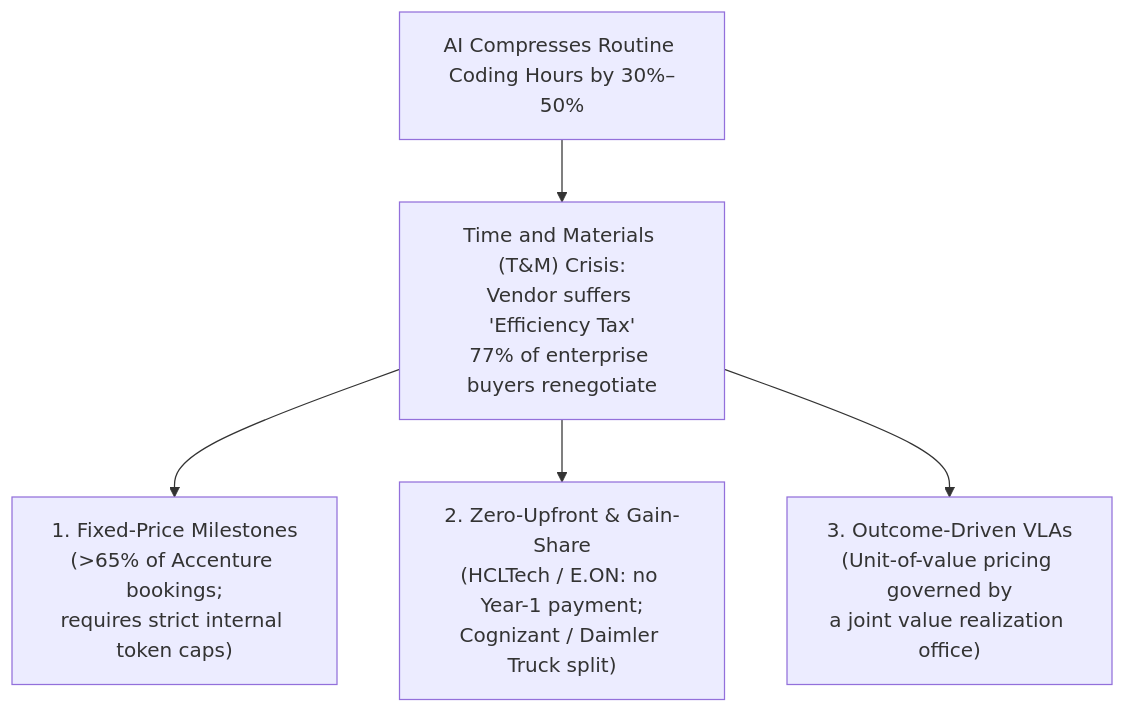
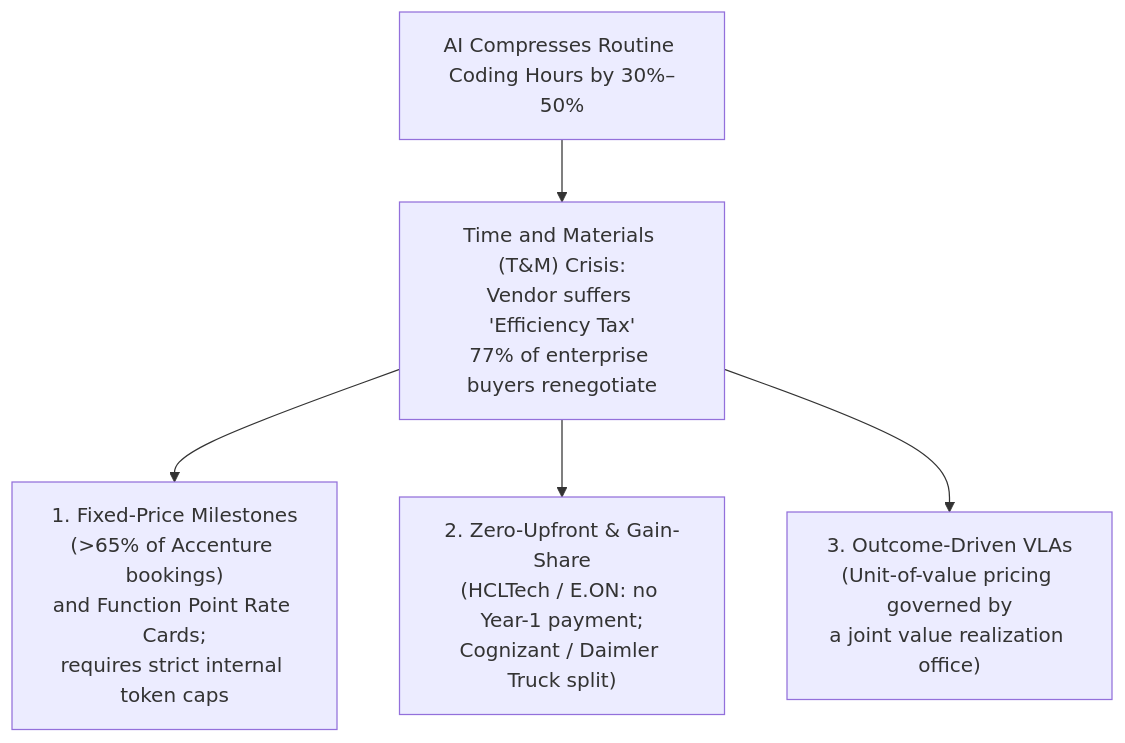
The second of 3 diagrams in _posts/2026-10-27-software-engineering-economics-ai-era.markdown (marcelomiyake/marcelomiyake.github.io), drawn with Mermaid before and after one commit. The commit also changed other lines of this file and 1 other file, not shown here.

First line of the commit message:
docs(posts): add COCOMO and Function Point sizing to the economics post

````diff
--- a/_posts/2026-10-27-software-engineering-economics-ai-era.markdown
+++ b/_posts/2026-10-27-software-engineering-economics-ai-era.markdown
@@ -88,9 +124,9 @@
 ```mermaid
 flowchart TD
     accTitle: Evolution of commercial software pricing models under AI labor compression
-    accDescr: AI reduces routine coding hours by 30 to 50 percent, causing revenue cannibalization under Time and Materials billing and 25 to 30 percent buyer discount demands. Vendors respond by shifting to Fixed-Price milestones, Gain-Share contracts, and KPI-indexed Value Level Agreements.
+    accDescr: AI reduces routine coding hours by 30 to 50 percent, causing revenue cannibalization under Time and Materials billing and 25 to 30 percent buyer discount demands. Vendors respond by shifting to Fixed-Price milestones and Function Point rate cards, Gain-Share contracts, and KPI-indexed Value Level Agreements.
     Driver["AI Compresses Routine Coding Hours by 30%–50%"] --> TM["Time and Materials (T&M) Crisis:<br/>Vendor suffers 'Efficiency Tax'<br/>77% of enterprise buyers renegotiate"]
-    TM --> FP["1. Fixed-Price Milestones<br/>(&gt;65% of Accenture bookings;<br/>requires strict internal token caps)"]
+    TM --> FP["1. Fixed-Price Milestones<br/>(&gt;65% of Accenture bookings)<br/>and Function Point Rate Cards;<br/>requires strict internal token caps"]
     TM --> GS["2. Zero-Upfront &amp; Gain-Share<br/>(HCLTech / E.ON: no Year-1 payment;<br/>Cognizant / Daimler Truck split)"]
     TM --> VLA["3. Outcome-Driven VLAs<br/>(Unit-of-value pricing governed by<br/>a joint value realization office)"]
 ```
````
